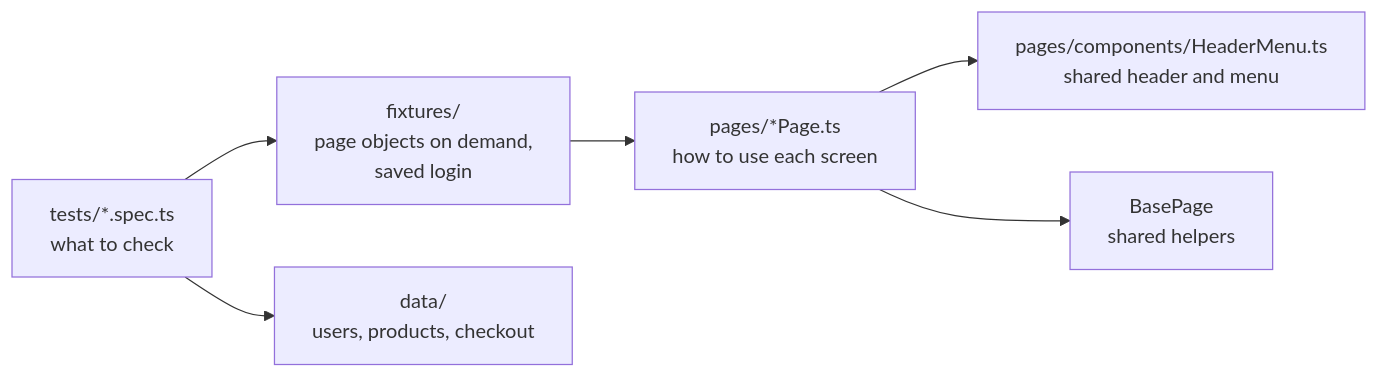
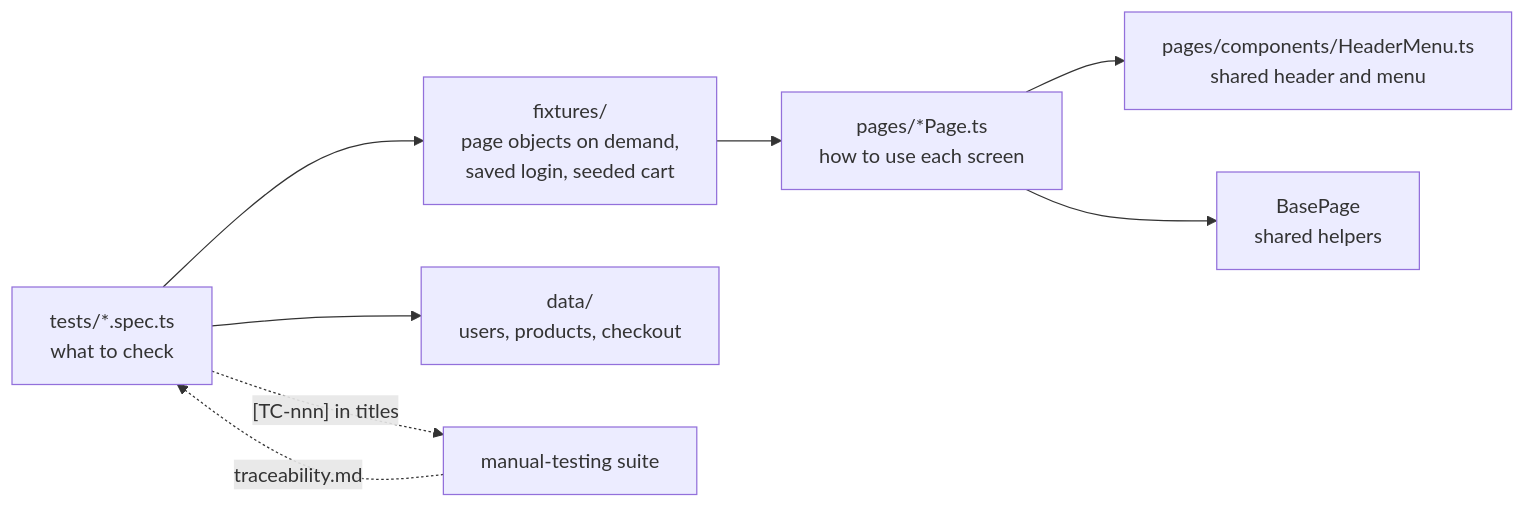
The diagram in automation-testing/README.md (jahidulislamrihan26/sqa-portfolio), drawn with Mermaid before and after one commit. The commit also changed other lines of this file and 37 other files, not shown here.

Commit message:
UI automation v3: tests linked to manual cases, 20 known defects captured, keyboard and security tests, lint, summary, traceability, phone profile, stability job; manual suite adds BUG-020

````diff
--- a/automation-testing/README.md
+++ b/automation-testing/README.md
@@ -16,8 +20,10 @@
 ```mermaid
 flowchart LR
-    T[tests/*.spec.ts<br/>what to check] --> F[fixtures/<br/>page objects on demand,<br/>saved login]
+    T[tests/*.spec.ts<br/>what to check] --> F[fixtures/<br/>page objects on demand,<br/>saved login, seeded cart]
     F --> P[pages/*Page.ts<br/>how to use each screen]
     P --> C[pages/components/HeaderMenu.ts<br/>shared header and menu]
     T --> D[data/<br/>users, products, checkout]
     P --> B[BasePage<br/>shared helpers]
+    T -. "[TC-nnn] in titles" .-> M[manual-testing suite]
+    M -. "traceability.md" .-> T
 ```
````
